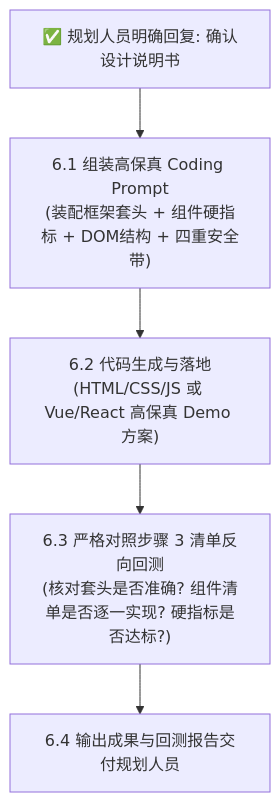
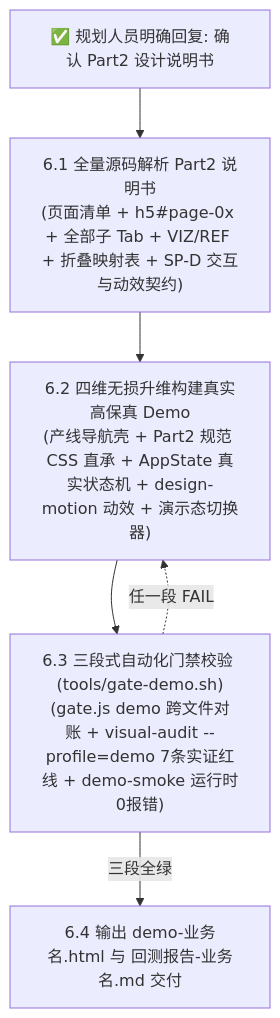
The diagram in 01-system-solution-design/⑥AI coding 要求/6.0-前端 demo 输出要求.md (wangjue2026/skill-designer-prism), drawn with Mermaid before and after one commit. The commit also changed other lines of this file and 17 other files, not shown here.

Commit message:
feat: Part3 真实高保真 Demo 提质改造（动效规范、SP-D 交互契约、gate-demo 三段门禁与执行精简卡）

````diff
--- a/01-system-solution-design/⑥AI coding 要求/6.0-前端 demo 输出要求.md
+++ b/01-system-solution-design/⑥AI coding 要求/6.0-前端 demo 输出要求.md
@@ -12,7 +12,8 @@
 ```mermaid
 graph TD
-    Confirmed["✅ 规划人员明确回复: 确认设计说明书"] --> GenPrompt["6.1 组装高保真 Coding Prompt<br>(装配框架套头 + 组件硬指标 + DOM结构 + 四重安全带)"]
-    GenPrompt --> OutputCode["6.2 代码生成与落地<br>(HTML/CSS/JS 或 Vue/React 高保真 Demo 方案)"]
-    OutputCode --> Verification["6.3 严格对照步骤 3 清单反向回测<br>(核对套头是否准确? 组件清单是否逐一实现? 硬指标是否达标?)"]
-    Verification --> Handover["6.4 输出成果与回测报告交付规划人员"]
+    Confirmed["✅ 规划人员明确回复: 确认 Part2 设计说明书"] --> Parse["6.1 全量源码解析 Part2 说明书<br/>(页面清单 + h5#page-0x + 全部子 Tab + VIZ/REF + 折叠映射表 + SP-D 交互与动效契约)"]
+    Parse --> Build["6.2 四维无损升维构建真实高保真 Demo<br/>(产线导航壳 + Part2 规范 CSS 直承 + AppState 真实状态机 + design-motion 动效 + 演示态切换器)"]
+    Build --> Gate["6.3 三段式自动化门禁校验 (tools/gate-demo.sh)<br/>(gate.js demo 跨文件对账 + visual-audit --profile=demo 7条实证红线 + demo-smoke 运行时0报错)"]
+    Gate -.->|"任一段 FAIL"| Build
+    Gate -->|"三段全绿"| Report["6.4 输出 demo-业务名.html 与 回测报告-业务名.md 交付"]
 ```
````
